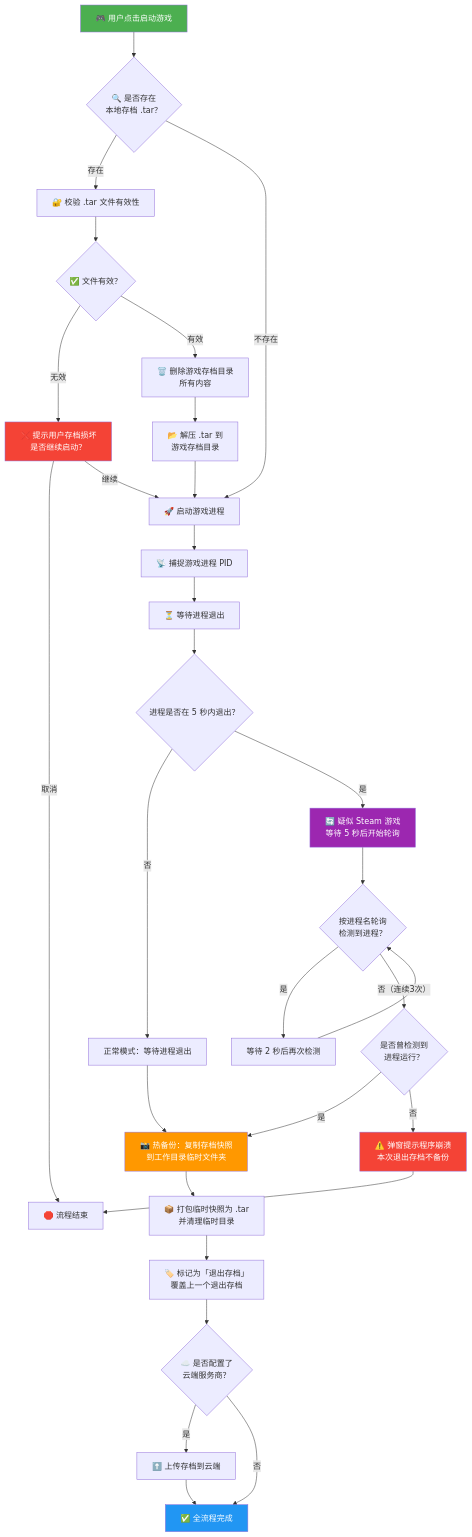
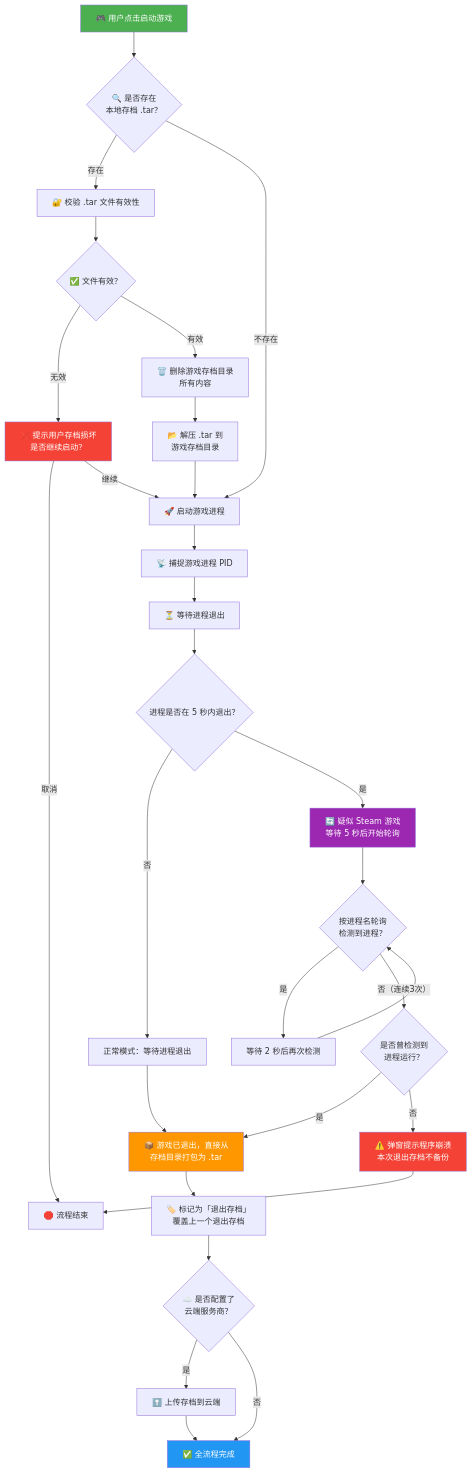
One commit to yxsj245/gamesave changed the fourth of 12 diagrams in docs/开发文档.md. Above: the diagram before and after it, drawn with Mermaid. The commit also changed other lines of this file and 4 other files, not shown here.

````diff
--- a/docs/开发文档.md
+++ b/docs/开发文档.md
@@ -246,43 +246,42 @@
 ```mermaid
 flowchart TD
     A["🎮 用户点击启动游戏"] --> B{"🔍 是否存在<br/>本地存档 .tar？"}
     B -- 存在 --> C["🔐 校验 .tar 文件有效性"]
     B -- 不存在 --> H
 
     C --> D{"✅ 文件有效？"}
     D -- 无效 --> E["❌ 提示用户存档损坏<br/>是否继续启动？"]
     E -- 取消 --> Z["🛑 流程结束"]
     E -- 继续 --> H
     D -- 有效 --> F["🗑️ 删除游戏存档目录<br/>所有内容"]
     F --> G["📂 解压 .tar 到<br/>游戏存档目录"]
     G --> H
 
     H["🚀 启动游戏进程"] --> I["📡 捕捉游戏进程 PID"]
     I --> J["⏳ 等待进程退出"]
     J --> K{"进程是否在 5 秒内退出？"}
     K -- 否 --> L["正常模式：等待进程退出"]
     L --> BACKUP
     K -- 是 --> STEAM["🔄 疑似 Steam 游戏<br/>等待 5 秒后开始轮询"]
     STEAM --> POLL{"按进程名轮询<br/>检测到进程？"}
     POLL -- 是 --> WAIT["等待 2 秒后再次检测"]
     WAIT --> POLL
     POLL -- "否（连续3次）" --> EVER{"是否曾检测到<br/>进程运行？"}
     EVER -- 是 --> BACKUP
     EVER -- 否 --> CRASH["⚠️ 弹窗提示程序崩溃<br/>本次退出存档不备份"]
     CRASH --> Z
 
 
-    BACKUP["📸 热备份：复制存档快照<br/>到工作目录临时文件夹"] --> TARPACK["📦 打包临时快照为 .tar<br/>并清理临时目录"]
-    TARPACK --> M["🏷️ 标记为「退出存档」<br/>覆盖上一个退出存档"]
+    BACKUP["📦 游戏已退出，直接从<br/>存档目录打包为 .tar"] --> M["🏷️ 标记为「退出存档」<br/>覆盖上一个退出存档"]
     M --> N{"☁️ 是否配置了<br/>云端服务商？"}
     N -- 是 --> O["⬆️ 上传存档到云端"]
     O --> P["✅ 全流程完成"]
     N -- 否 --> P
 
     style A fill:#4CAF50,color:#fff
     style P fill:#2196F3,color:#fff
     style E fill:#f44336,color:#fff
     style CRASH fill:#f44336,color:#fff
     style BACKUP fill:#FF9800,color:#fff
     style STEAM fill:#9C27B0,color:#fff
 ```
````
